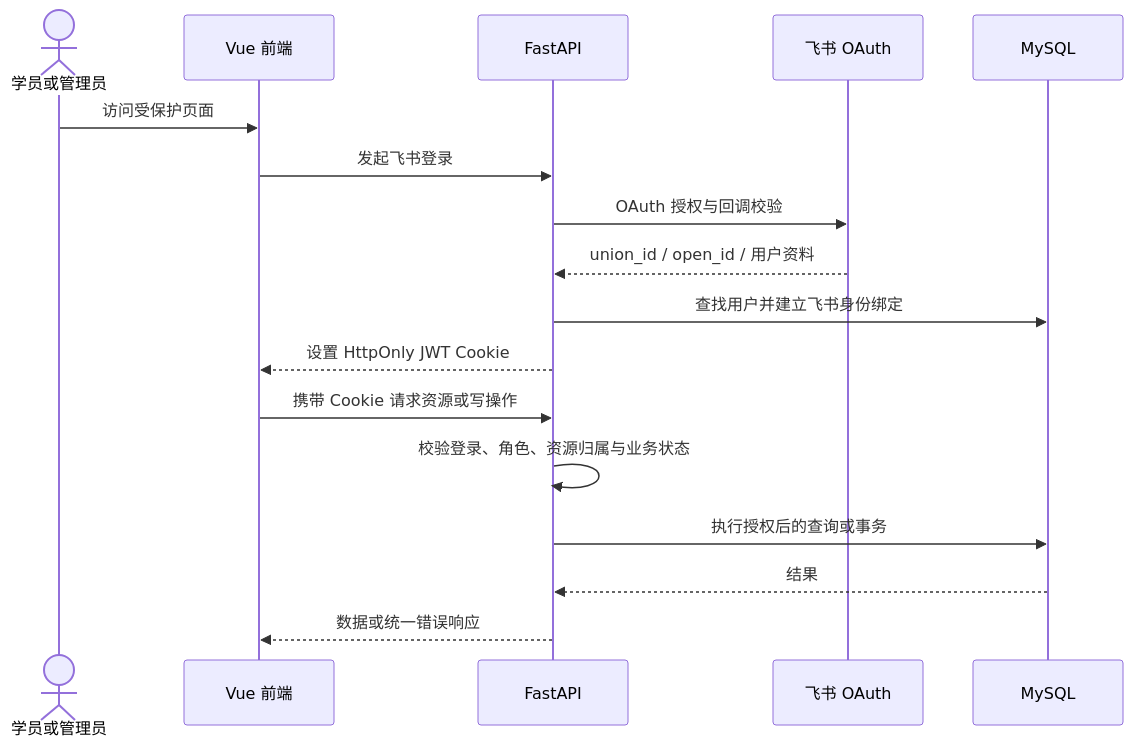
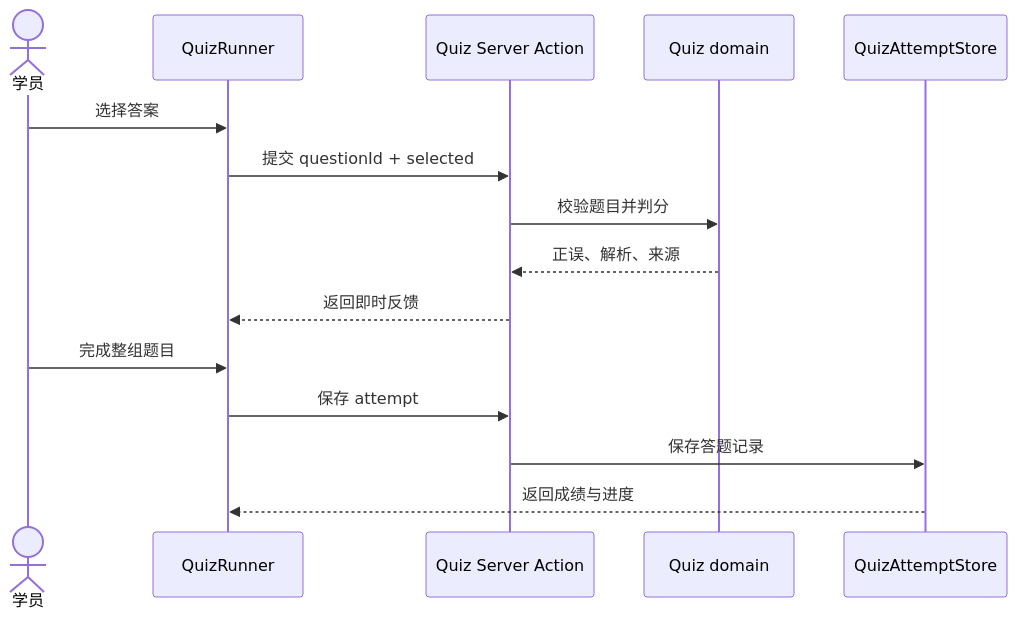
One commit to JzzzX/ai-customer-service-training changed the fifth of 8 diagrams in README.md. Above: the diagram before and after it, drawn with Mermaid. The commit also changed other lines of this file and 328 other files, not shown here.

````diff
--- a/README.md
+++ b/README.md
@@ -50,19 +165,18 @@
 ```mermaid
 sequenceDiagram
-  actor User as 学员或管理员
-  participant Vue as Vue 前端
-  participant API as FastAPI
-  participant Feishu as 飞书 OAuth
-  participant DB as MySQL
-  User->>Vue: 访问受保护页面
-  Vue->>API: 发起飞书登录
-  API->>Feishu: OAuth 授权与回调校验
-  Feishu-->>API: union_id / open_id / 用户资料
-  API->>DB: 查找用户并建立飞书身份绑定
-  API-->>Vue: 设置 HttpOnly JWT Cookie
-  Vue->>API: 携带 Cookie 请求资源或写操作
-  API->>API: 校验登录、角色、资源归属与业务状态
-  API->>DB: 执行授权后的查询或事务
-  DB-->>API: 结果
-  API-->>Vue: 数据或统一错误响应
+  actor Learner as 学员
+  participant Runner as QuizRunner
+  participant Action as Quiz Server Action
+  participant Domain as Quiz domain
+  participant Store as QuizAttemptStore
+
+  Learner->>Runner: 选择答案
+  Runner->>Action: 提交 questionId + selected
+  Action->>Domain: 校验题目并判分
+  Domain-->>Action: 正误、解析、来源
+  Action-->>Runner: 返回即时反馈
+  Learner->>Runner: 完成整组题目
+  Runner->>Action: 保存 attempt
+  Action->>Store: 保存答题记录
+  Store-->>Runner: 返回成绩与进度
 ```
````
